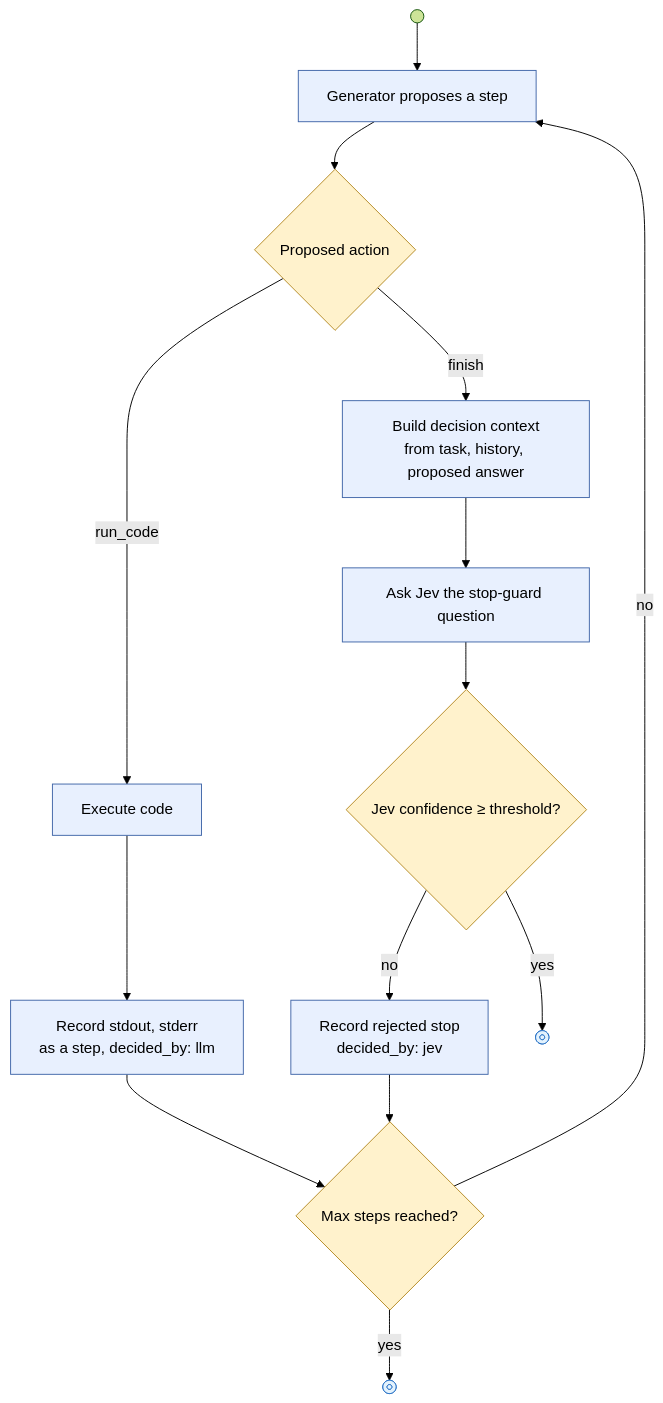
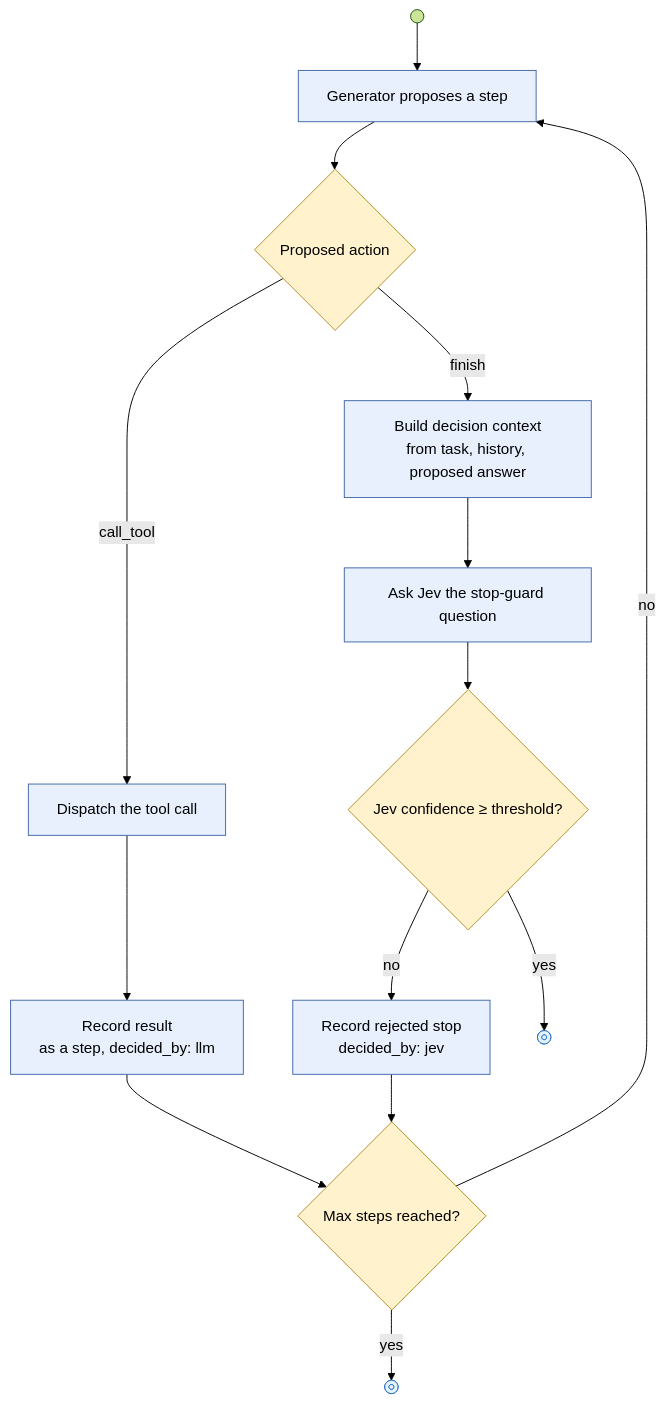
The second of 3 diagrams in README.md (MaximeBoulat/DecisionBot), drawn with Mermaid (forest theme) before and after one commit. The commit also changed other lines of this file and 10 other files, not shown here.

````diff
--- a/README.md
+++ b/README.md
@@ -61,34 +65,34 @@
 ```mermaid
 flowchart TB
     Start@{ shape: start }
     Step["Generator proposes a step"]
     Decide{"Proposed action"}
-    RunCode["Execute code"]
-    Observe["Record stdout, stderr<br/>as a step, decided_by: llm"]
+    CallTool["Dispatch the tool call"]
+    Observe["Record result<br/>as a step, decided_by: llm"]
     BuildCtx["Build decision context<br/>from task, history, proposed answer"]
     AskJev["Ask Jev the stop-guard question"]
     JevDecide{"Jev confidence ≥ threshold?"}
     RecordReject["Record rejected stop<br/>decided_by: jev"]
     Finish@{ shape: stop, label: "Episode finished<br/>answer recorded" }
     MaxSteps{"Max steps reached?"}
     Fail@{ shape: stop, label: "Episode failed<br/>no answer" }
     Start --> Step
     Step --> Decide
-    Decide -->|"run_code"| RunCode
-    RunCode --> Observe
+    Decide -->|"call_tool"| CallTool
+    CallTool --> Observe
     Observe --> MaxSteps
     Decide -->|"finish"| BuildCtx
-    BuildCtx --> AskJev 
+    BuildCtx --> AskJev
     AskJev --> JevDecide
     JevDecide -->|"yes"| Finish
     JevDecide -->|"no"| RecordReject
     RecordReject --> MaxSteps
     MaxSteps -->|"no"| Step
     MaxSteps -->|"yes"| Fail
     classDef core fill:#e8f0fe,stroke:#4267a9
     classDef gate fill:#fff2cc,stroke:#b58b24
     classDef terminal fill:#E3F2FD,stroke:#1565c0
-    class Step,RunCode,Observe,BuildCtx,AskJev,RecordReject core
+    class Step,CallTool,Observe,BuildCtx,AskJev,RecordReject core
     class Decide,JevDecide,MaxSteps gate
     class Finish,Fail terminal
 ```
````
